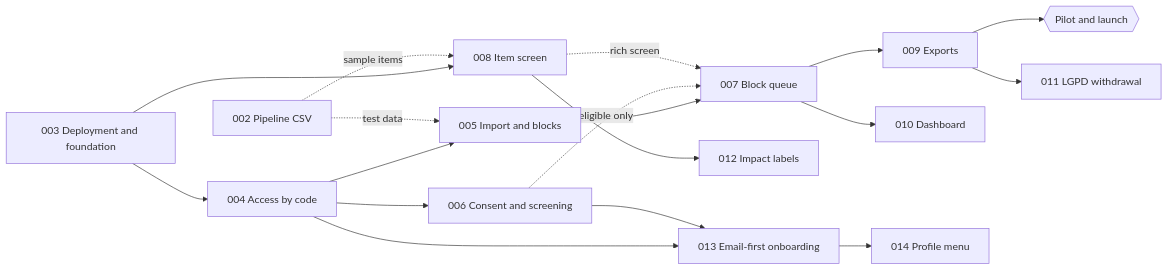
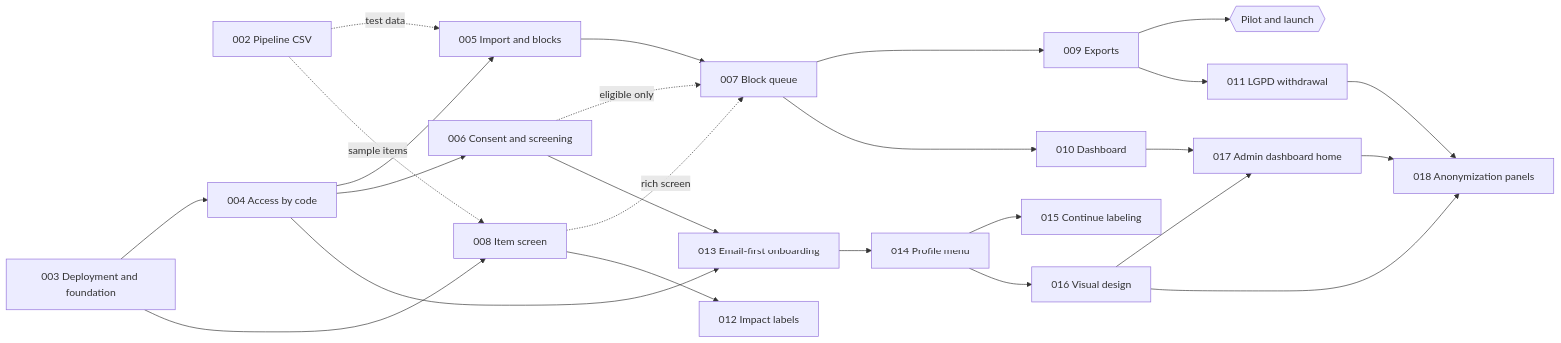
Before and after one commit to diegoquirino/openscience: the diagram in specs/ROADMAP.md, drawn with Mermaid. The commit also changed other lines of this file and 116 other files, not shown here.

First line of the commit message:
feat(015-018): continue labeling, visual design, admin dashboard home, anonymization panels

````diff
--- a/specs/ROADMAP.md
+++ b/specs/ROADMAP.md
@@ -30,35 +34,46 @@
 ```mermaid
 flowchart LR
     S002[002 Pipeline CSV]
     S003[003 Deployment and foundation]
     S004[004 Access by code]
     S005[005 Import and blocks]
     S006[006 Consent and screening]
     S007[007 Block queue]
     S008[008 Item screen]
     S009[009 Exports]
     PIL{{Pilot and launch}}
     S010[010 Dashboard]
     S011[011 LGPD withdrawal]
     S012[012 Impact labels]
     S013[013 Email-first onboarding]
     S014[014 Profile menu]
+    S015[015 Continue labeling]
+    S016[016 Visual design]
+    S017[017 Admin dashboard home]
+    S018[018 Anonymization panels]
 
     S003 --> S004
     S004 --> S005
     S004 --> S006
     S003 --> S008
     S002 -. test data .-> S005
     S002 -. sample items .-> S008
     S005 --> S007
     S006 -. eligible only .-> S007
     S008 -. rich screen .-> S007
     S007 --> S009
     S009 --> PIL
     S007 --> S010
     S009 --> S011
     S008 --> S012
     S004 --> S013
     S006 --> S013
     S013 --> S014
+    S014 --> S015
+    S014 --> S016
+    S010 --> S017
+    S016 --> S017
+    S011 --> S018
+    S016 --> S018
+    S017 --> S018
 ```
````
